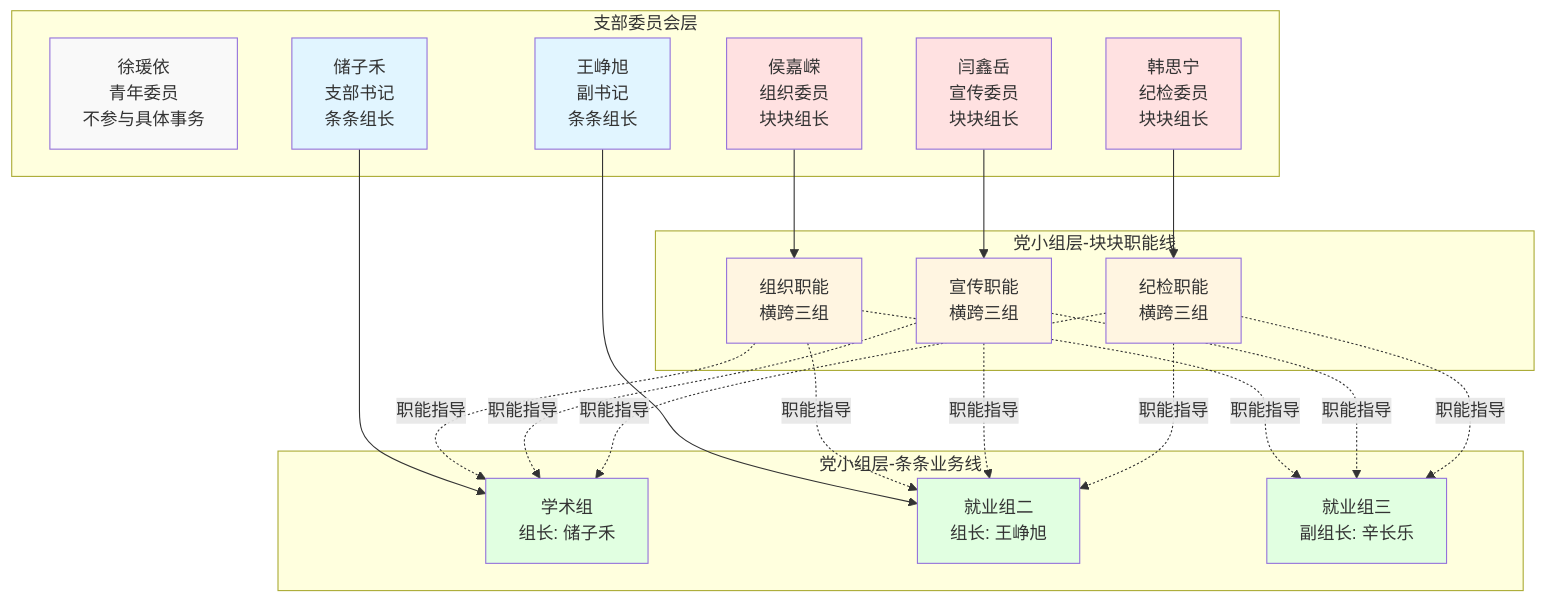
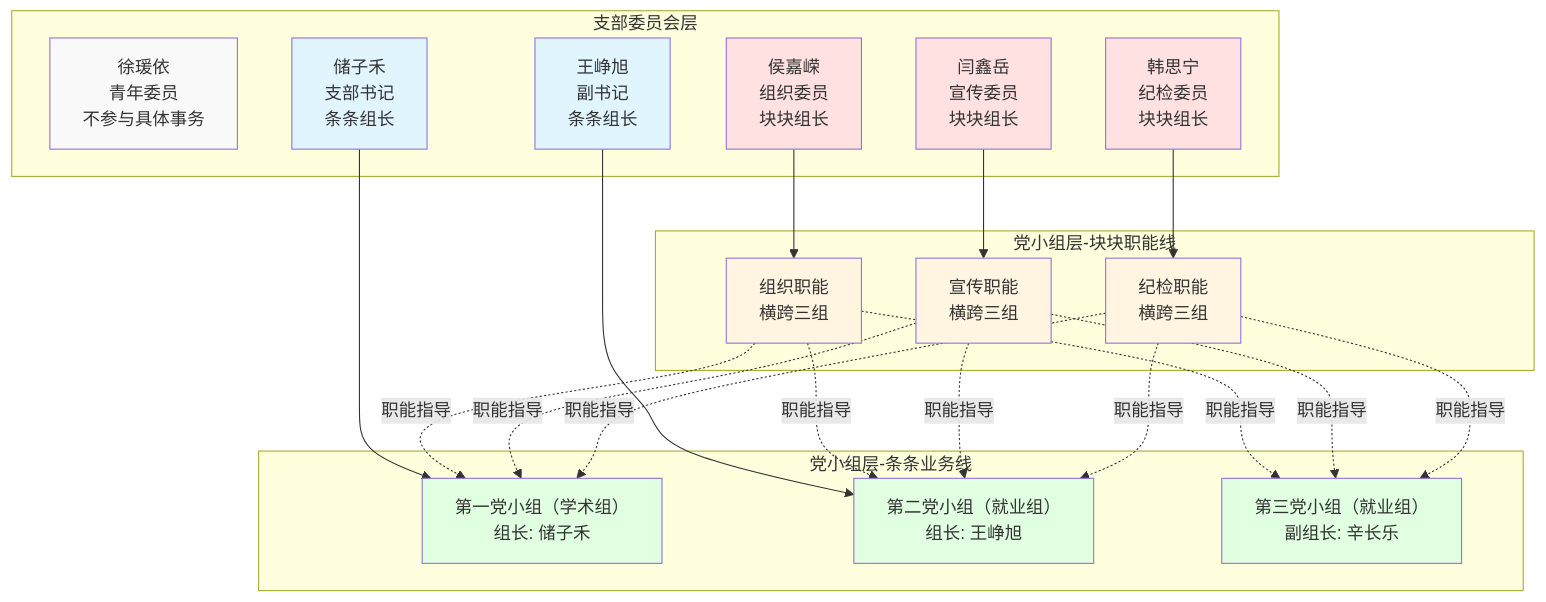
The first of 9 diagrams in 工作流程图-定人定责定岗.md (czhgo/GSM1921-SOP), drawn with Mermaid before and after one commit. The commit also changed other lines of this file and 3 other files, not shown here.

Commit message:
Rename party groups: 学术组→第一党小组, 就业组二→第二党小组, 就业组三→第三党小组

````diff
--- a/工作流程图-定人定责定岗.md
+++ b/工作流程图-定人定责定岗.md
@@ -7,53 +7,53 @@
 ```mermaid
 graph TB
     subgraph 支部委员会层
         A[徐瑗依<br/>青年委员<br/>不参与具体事务]
         B[储子禾<br/>支部书记<br/>条条组长]
         C[王峥旭<br/>副书记<br/>条条组长]
         D[侯嘉嵘<br/>组织委员<br/>块块组长]
         E[闫鑫岳<br/>宣传委员<br/>块块组长]
         F[韩思宁<br/>纪检委员<br/>块块组长]
     end
     
     subgraph 党小组层-条条业务线
-        G[学术组<br/>组长: 储子禾]
-        H[就业组二<br/>组长: 王峥旭]
-        I[就业组三<br/>副组长: 辛长乐]
+        G[第一党小组（学术组）<br/>组长: 储子禾]
+        H[第二党小组（就业组）<br/>组长: 王峥旭]
+        I[第三党小组（就业组）<br/>副组长: 辛长乐]
     end
     
     subgraph 党小组层-块块职能线
         J[组织职能<br/>横跨三组]
         K[宣传职能<br/>横跨三组]
         L[纪检职能<br/>横跨三组]
     end
     
     B --> G
     C --> H
     I
     D --> J
     E --> K
     F --> L
     
     J -.职能指导.-> G
     J -.职能指导.-> H
     J -.职能指导.-> I
     K -.职能指导.-> G
     K -.职能指导.-> H
     K -.职能指导.-> I
     L -.职能指导.-> G
     L -.职能指导.-> H
     L -.职能指导.-> I
     
     style A fill:#f9f9f9
     style B fill:#e1f5ff
     style C fill:#e1f5ff
     style D fill:#ffe1e1
     style E fill:#ffe1e1
     style F fill:#ffe1e1
     style G fill:#e1ffe1
     style H fill:#e1ffe1
     style I fill:#e1ffe1
     style J fill:#fff5e1
     style K fill:#fff5e1
     style L fill:#fff5e1
 ```
````
